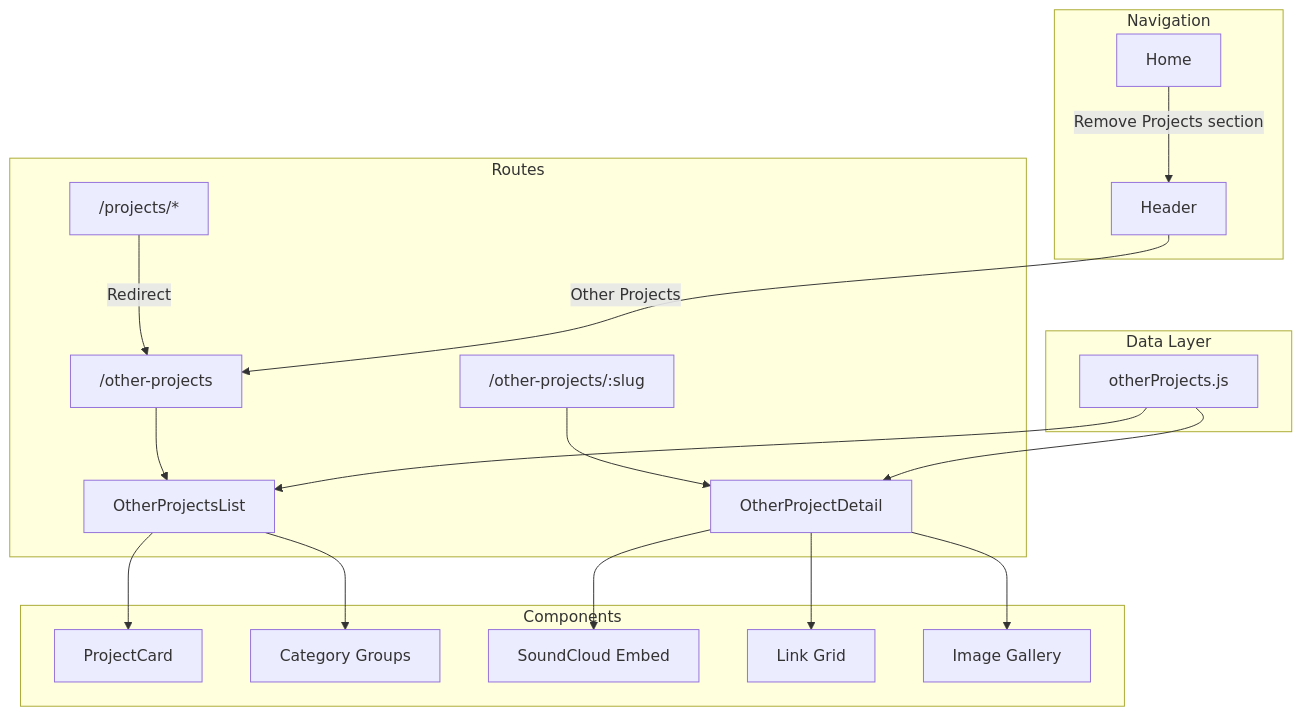
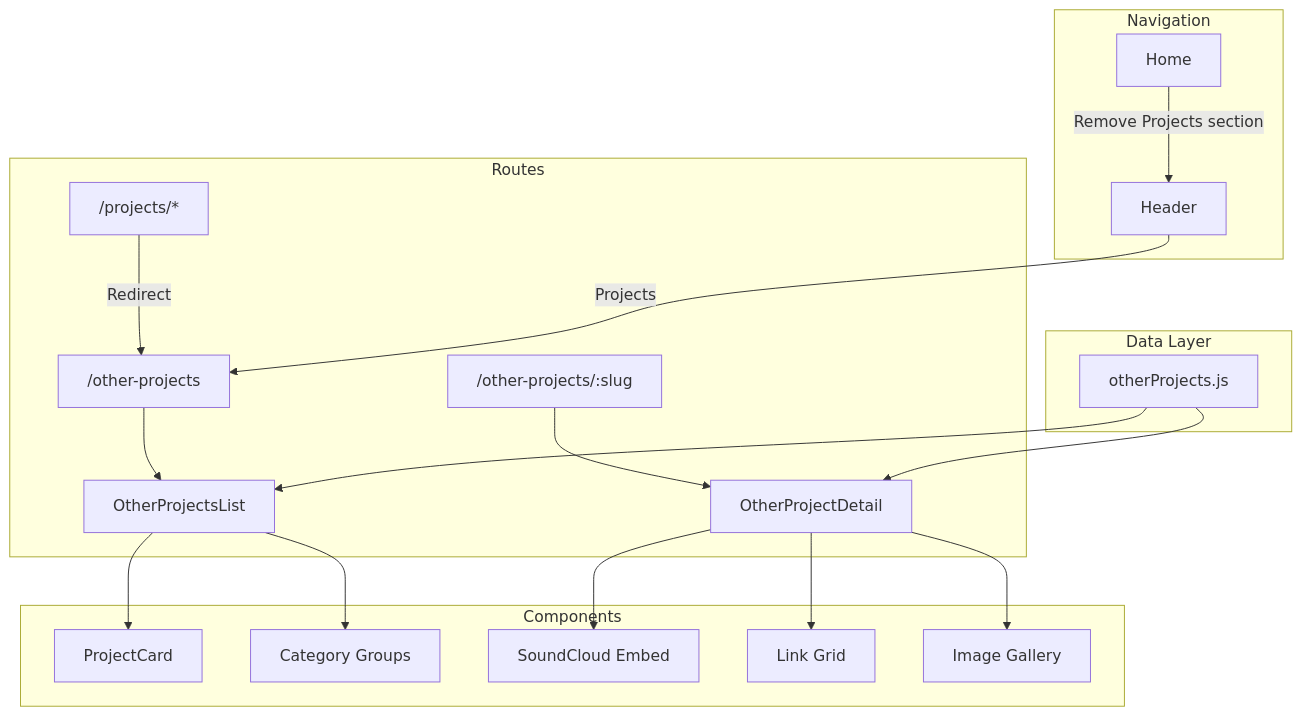
The diagram in .kiro/specs/other-projects-page/design.md (aliawilkinson/react-portfolio-2023), drawn with Mermaid before and after one commit. The commit also changed other lines of this file and 28 other files, not shown here.

````diff
--- a/.kiro/specs/other-projects-page/design.md
+++ b/.kiro/specs/other-projects-page/design.md
@@ -11,26 +11,26 @@
 ```mermaid
 graph TB
     subgraph "Routes"
         R1["/other-projects"] --> OPL[OtherProjectsList]
         R2["/other-projects/:slug"] --> OPD[OtherProjectDetail]
         R3["/projects/*"] -->|Redirect| R1
     end
     
     subgraph "Components"
         OPL --> PC[ProjectCard]
         OPL --> CAT[Category Groups]
         OPD --> SE[SoundCloud Embed]
         OPD --> LG[Link Grid]
         OPD --> IG[Image Gallery]
     end
     
     subgraph "Data Layer"
         OP[otherProjects.js] --> OPL
         OP --> OPD
     end
     
     subgraph "Navigation"
-        NAV[Header] -->|"Other Projects"| R1
+        NAV[Header] -->|"Projects"| R1
         HOME[Home] -->|Remove Projects section| NAV
     end
 ```
````
